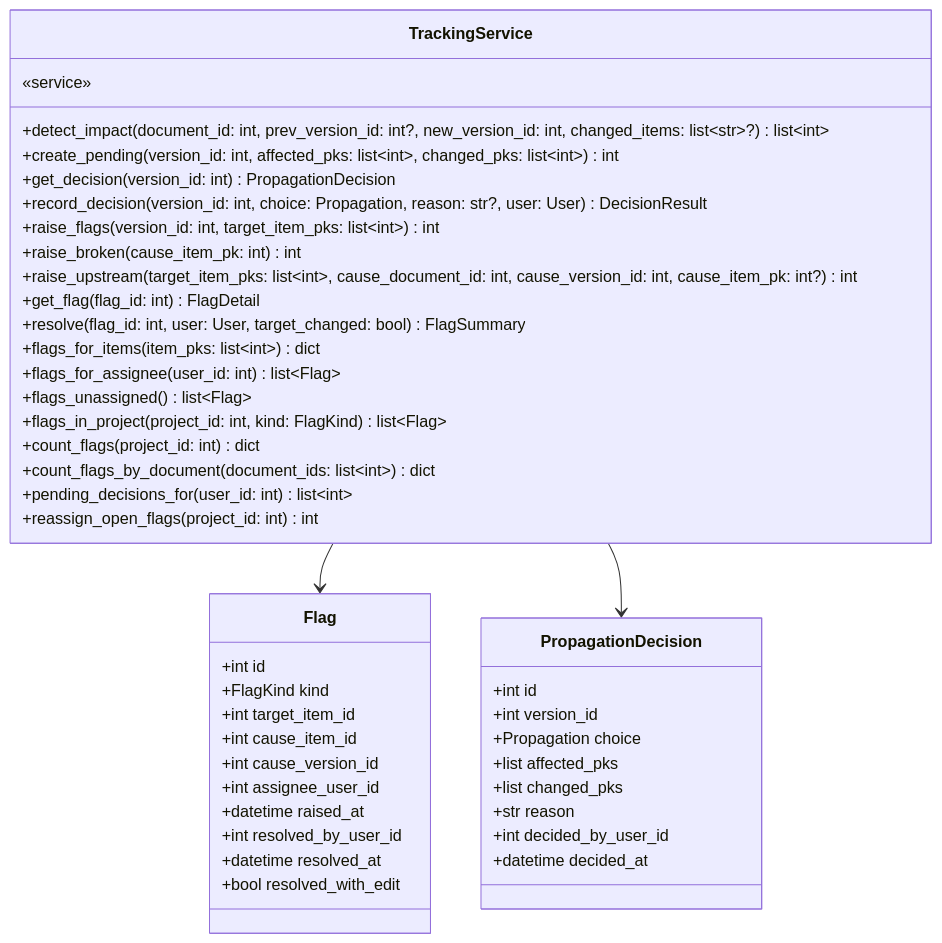
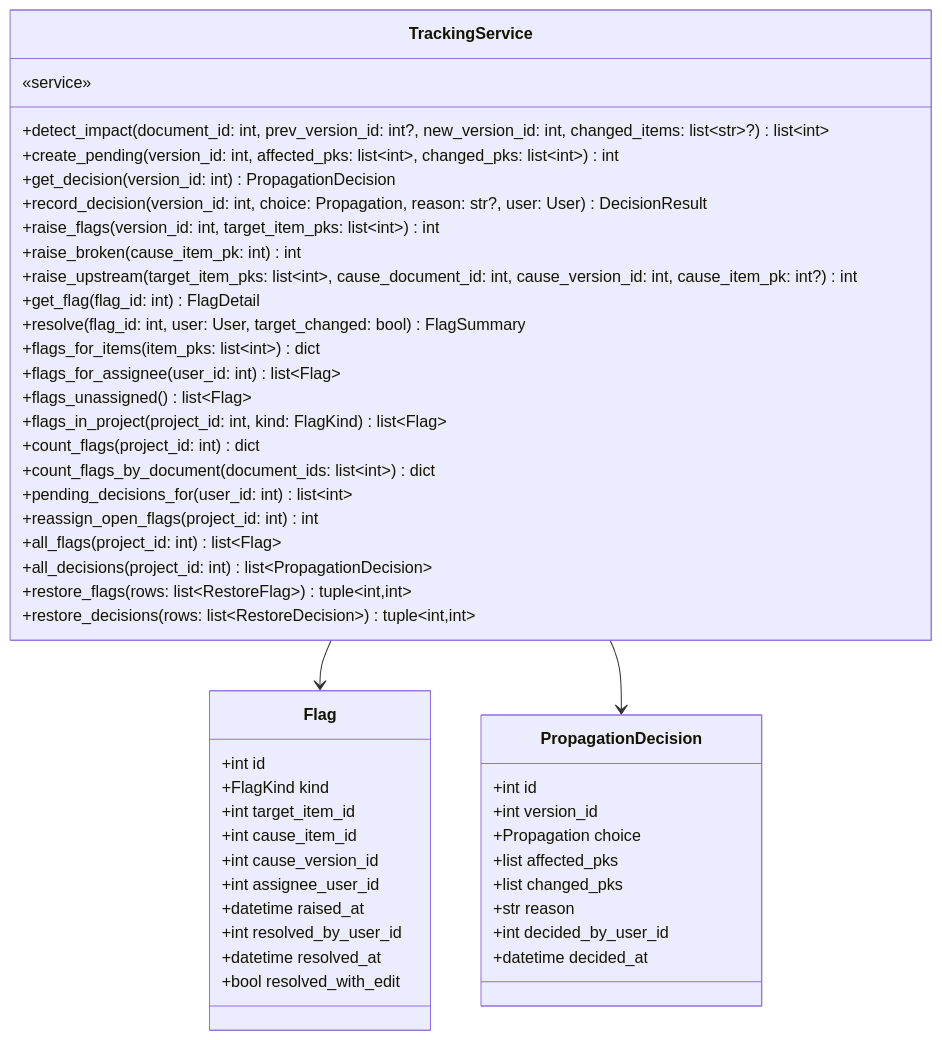
Before and after one commit to HoyoungParkme/syncdoc: diagram 19 of 21 in docs/specs/06-DOM/SYNC-DOM-002.md, drawn with Mermaid. The commit also changed other lines of this file and 1 other file, not shown here.

````diff
--- a/docs/specs/06-DOM/SYNC-DOM-002.md
+++ b/docs/specs/06-DOM/SYNC-DOM-002.md
@@ -767,47 +771,51 @@
 ```mermaid
 classDiagram
     class TrackingService {
         «service»
         +detect_impact(document_id: int, prev_version_id: int?, new_version_id: int, changed_items: list~str~?) list~int~
         +create_pending(version_id: int, affected_pks: list~int~, changed_pks: list~int~) int
         +get_decision(version_id: int) PropagationDecision
         +record_decision(version_id: int, choice: Propagation, reason: str?, user: User) DecisionResult
         +raise_flags(version_id: int, target_item_pks: list~int~) int
         +raise_broken(cause_item_pk: int) int
         +raise_upstream(target_item_pks: list~int~, cause_document_id: int, cause_version_id: int, cause_item_pk: int?) int
         +get_flag(flag_id: int) FlagDetail
         +resolve(flag_id: int, user: User, target_changed: bool) FlagSummary
         +flags_for_items(item_pks: list~int~) dict
         +flags_for_assignee(user_id: int) list~Flag~
         +flags_unassigned() list~Flag~
         +flags_in_project(project_id: int, kind: FlagKind) list~Flag~
         +count_flags(project_id: int) dict
         +count_flags_by_document(document_ids: list~int~) dict
         +pending_decisions_for(user_id: int) list~int~
         +reassign_open_flags(project_id: int) int
+        +all_flags(project_id: int) list~Flag~
+        +all_decisions(project_id: int) list~PropagationDecision~
+        +restore_flags(rows: list~RestoreFlag~) tuple~int,int~
+        +restore_decisions(rows: list~RestoreDecision~) tuple~int,int~
     }
     class Flag {
         +int id
         +FlagKind kind
         +int target_item_id
         +int cause_item_id
         +int cause_version_id
         +int assignee_user_id
         +datetime raised_at
         +int resolved_by_user_id
         +datetime resolved_at
         +bool resolved_with_edit
     }
     class PropagationDecision {
         +int id
         +int version_id
         +Propagation choice
         +list affected_pks
         +list changed_pks
         +str reason
         +int decided_by_user_id
         +datetime decided_at
     }
     TrackingService --> Flag
     TrackingService --> PropagationDecision
 ```
````
